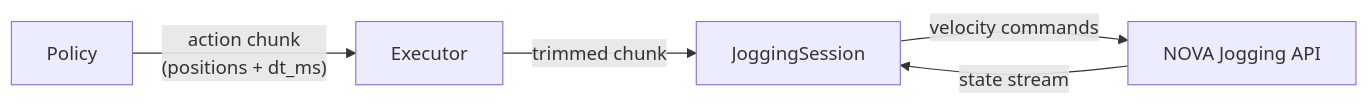
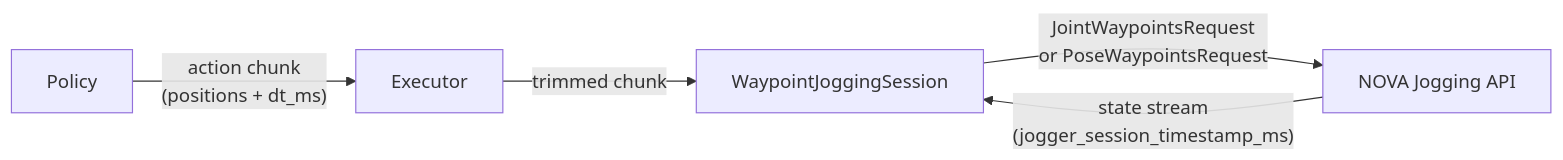
Before and after one commit to wandelbotsgmbh/wandelbots-nova: the diagram in policy/JOGGING.md, drawn with Mermaid. The commit also changed other lines of this file and 52 other files, not shown here.

````diff
--- a/policy/JOGGING.md
+++ b/policy/JOGGING.md
@@ -14,7 +7,7 @@
 ```mermaid
 flowchart LR
     Policy["Policy"] -->|"action chunk\n(positions + dt_ms)"| Executor
-    Executor -->|"trimmed chunk"| Session["JoggingSession"]
-    Session -->|"velocity commands"| NOVA["NOVA Jogging API"]
-    NOVA -->|"state stream"| Session
+    Executor -->|"trimmed chunk"| Session["WaypointJoggingSession"]
+    Session -->|"JointWaypointsRequest\nor PoseWaypointsRequest"| NOVA["NOVA Jogging API"]
+    NOVA -->|"state stream\n(jogger_session_timestamp_ms)"| Session
 ```
````
